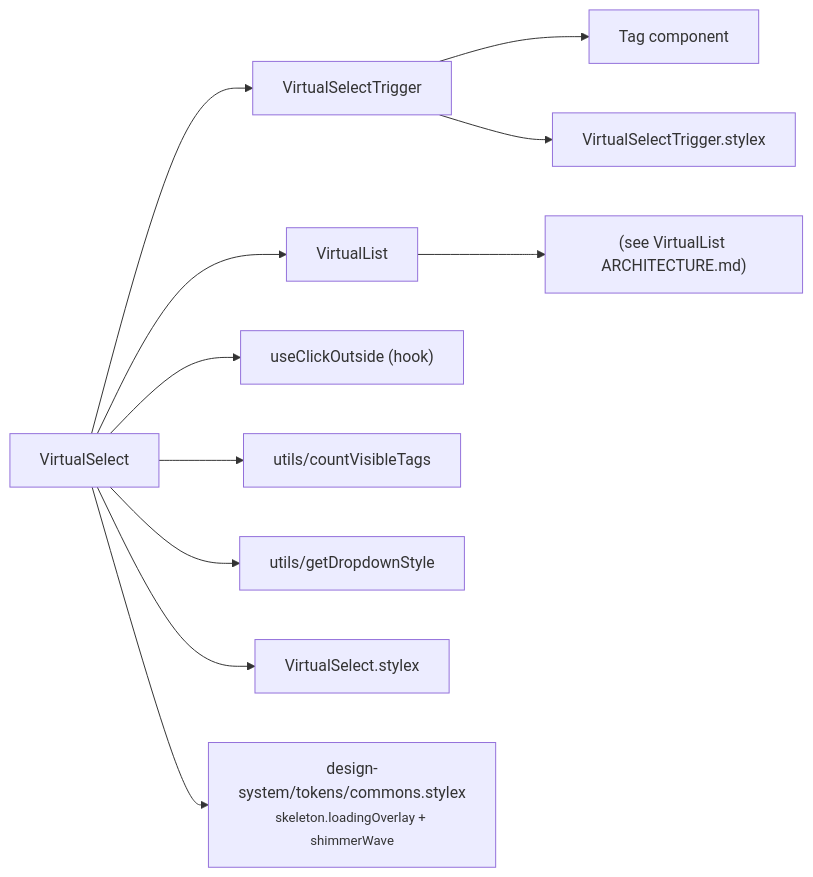
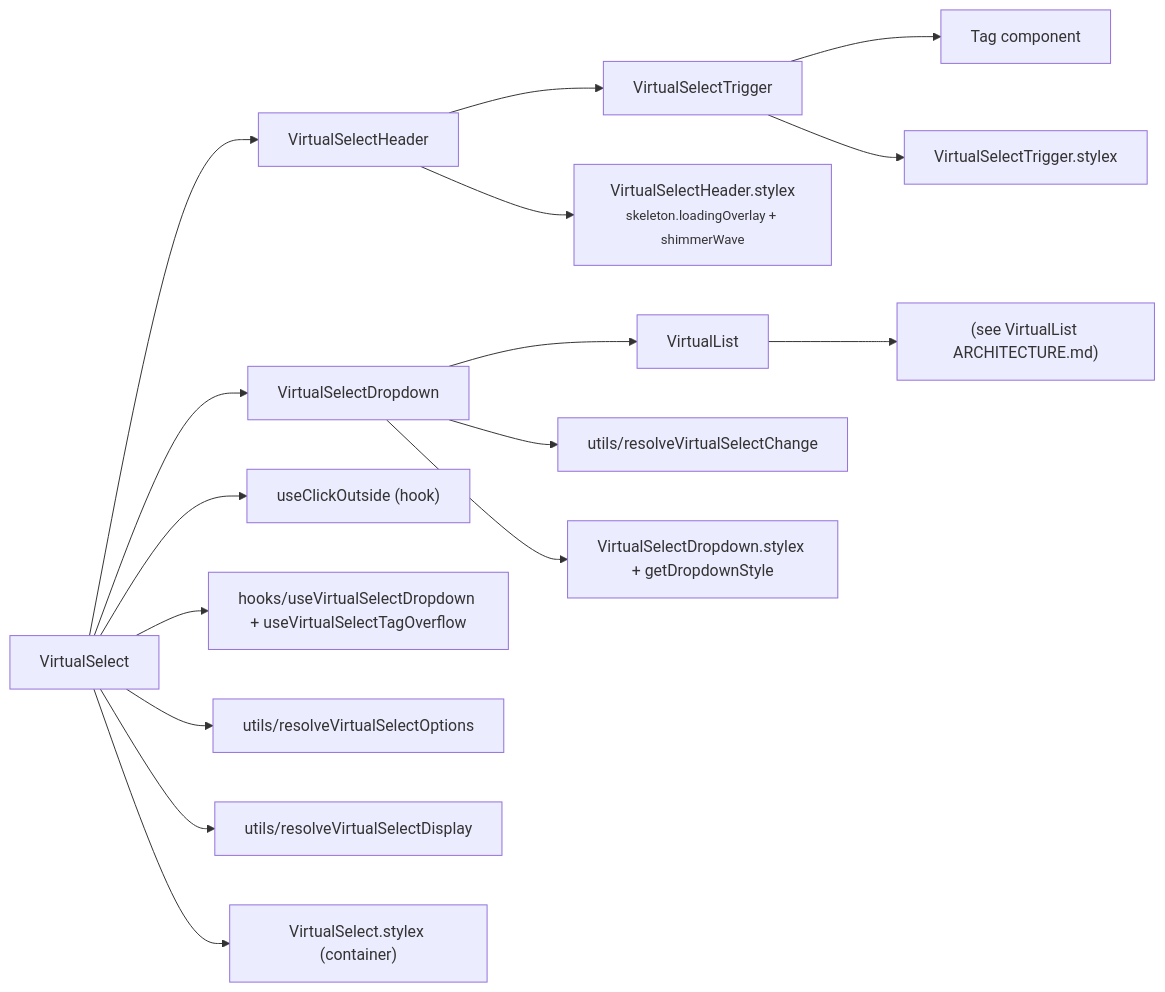
One commit to luciocabrera/lcabrera-stack changed the second of 5 diagrams in packages/ui/src/components/VirtualSelect/ARCHITECTURE.md. Above: the diagram before and after it, drawn with Mermaid. The commit also changed other lines of this file and 5 other files, not shown here.

Commit message:
feat(AllSettingsSection, ColumnWidthsSection): update test assertions for header rendering to use not.toBeNull() feat(VirtualSelect): enhance architecture documentation with detailed component structure and hooks

````diff
--- a/packages/ui/src/components/VirtualSelect/ARCHITECTURE.md
+++ b/packages/ui/src/components/VirtualSelect/ARCHITECTURE.md
@@ -38,15 +51,22 @@
 ```mermaid
 graph LR
-  VS["VirtualSelect"] --> VST["VirtualSelectTrigger"]
-  VS --> VL["VirtualList"]
+  VS["VirtualSelect"] --> VSH["VirtualSelectHeader"]
+  VS --> VSD["VirtualSelectDropdown"]
   VS --> useClickOutside["useClickOutside (hook)"]
-  VS --> countVisibleTags["utils/countVisibleTags"]
-  VS --> getDropdownStyle["utils/getDropdownStyle"]
-  VS --> VS_stylex["VirtualSelect.stylex"]
-  VS --> skeleton["design-system/tokens/commons.stylex\n<small>skeleton.loadingOverlay + shimmerWave</small>"]
+  VS --> hooks["hooks/useVirtualSelectDropdown + useVirtualSelectTagOverflow"]
+  VS --> resolveOptions["utils/resolveVirtualSelectOptions"]
+  VS --> resolveDisplay["utils/resolveVirtualSelectDisplay"]
+  VS --> VS_stylex["VirtualSelect.stylex (container)"]
+
+  VSH --> VST["VirtualSelectTrigger"]
+  VSH --> VSH_stylex["VirtualSelectHeader.stylex\n<small>skeleton.loadingOverlay + shimmerWave</small>"]
+
+  VSD --> VL["VirtualList"]
+  VSD --> resolveChange["utils/resolveVirtualSelectChange"]
+  VSD --> VSD_stylex["VirtualSelectDropdown.stylex + getDropdownStyle"]
 
   VST --> Tag["Tag component"]
   VST --> VST_stylex["VirtualSelectTrigger.stylex"]
 
   VL --> VirtualList_arch["(see VirtualList ARCHITECTURE.md)"]
 ```
````
